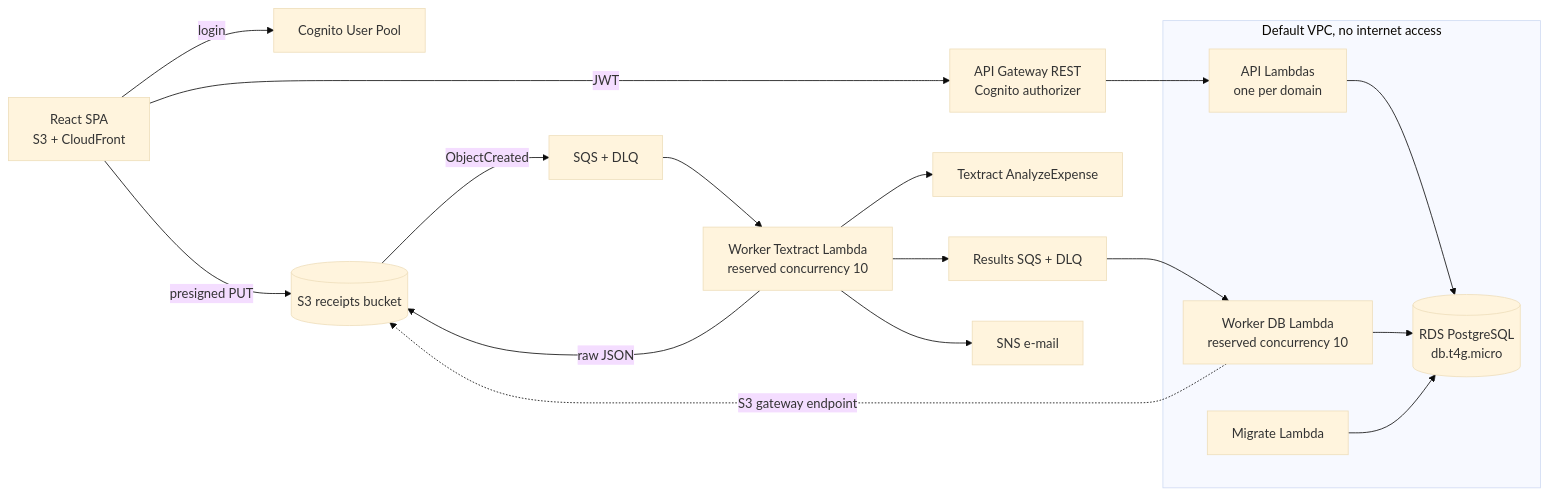
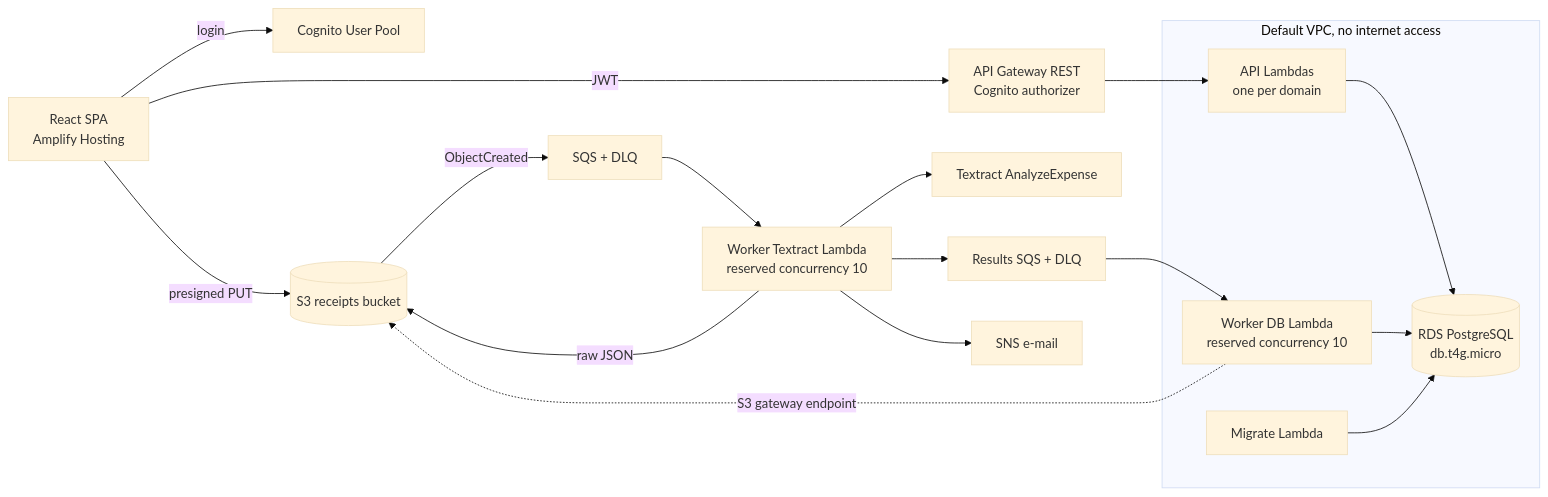
The diagram in docs/architecture.md (timonrieger/bonbon), drawn with Mermaid (base theme) before and after one commit. The commit also changed other lines of this file and 8 other files, not shown here.

First line of the commit message:
feat: host the frontend on Amplify Hosting instead of CloudFront (ADR 0008)

````diff
--- a/docs/architecture.md
+++ b/docs/architecture.md
@@ -7,24 +7,24 @@
 ```mermaid
 flowchart LR
-  web[React SPA<br/>S3 + CloudFront] -->|JWT| api[API Gateway REST<br/>Cognito authorizer]
+  web[React SPA<br/>Amplify Hosting] -->|JWT| api[API Gateway REST<br/>Cognito authorizer]
   web -->|login| cognito[Cognito User Pool]
   web -->|presigned PUT| s3[(S3 receipts bucket)]
   s3 -->|ObjectCreated| sqs[SQS + DLQ]
   subgraph vpc[Default VPC, no internet access]
     fns[API Lambdas<br/>one per domain]
     dbworker[Worker DB Lambda<br/>reserved concurrency 10]
     migrate[Migrate Lambda]
     rds[(RDS PostgreSQL<br/>db.t4g.micro)]
     fns --> rds
     dbworker --> rds
     migrate --> rds
   end
   api --> fns
   sqs --> worker[Worker Textract Lambda<br/>reserved concurrency 10]
   worker --> textract[Textract AnalyzeExpense]
   worker -->|raw JSON| s3
   worker --> results[Results SQS + DLQ]
   results --> dbworker
   dbworker -.->|S3 gateway endpoint| s3
   worker --> sns[SNS e-mail]
 ```
````
